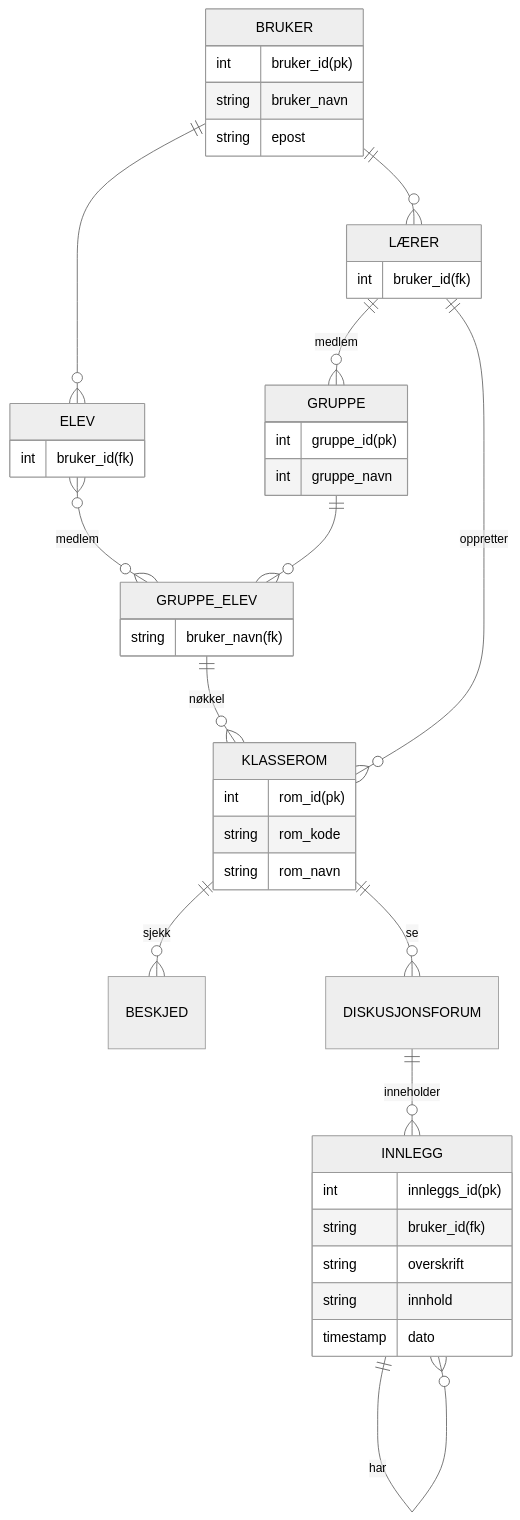
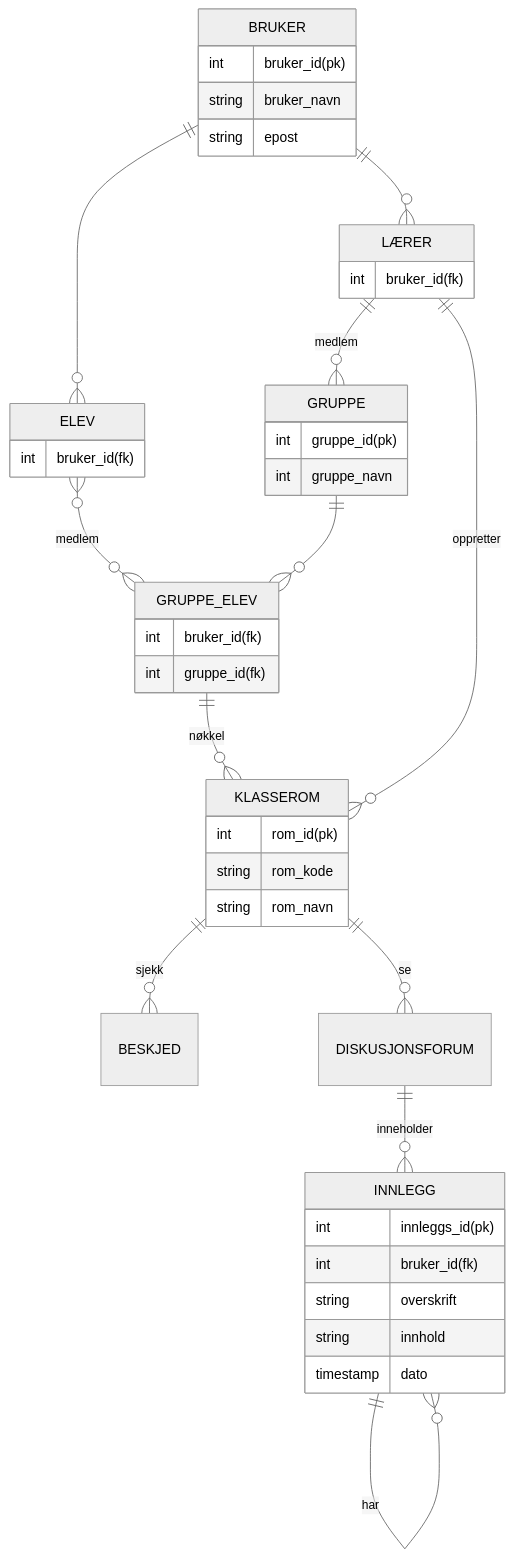
Before and after one commit to programmerBredC/data1500-oving-04: the second of 2 diagrams in OPPGAVE.md, drawn with Mermaid (neutral theme).

````diff
--- a/OPPGAVE.md
+++ b/OPPGAVE.md
@@ -49,45 +49,46 @@
 ```mermaid
 erDiagram
 BRUKER {
     int bruker_id(pk)
     string bruker_navn
     string epost
     }
     BRUKER ||--o{ LÆRER : ""
     BRUKER ||--o{ ELEV : ""
 ELEV {
     int bruker_id(fk)
 }
 LÆRER {
     int bruker_id(fk)
 }
 KLASSEROM {
     int rom_id(pk)
     string rom_kode
     string rom_navn
 }
     ELEV }o--o{ GRUPPE_ELEV : "medlem"
     GRUPPE_ELEV ||--o{ KLASSEROM :"nøkkel"
 
 GRUPPE_ELEV {
-    string bruker_navn(fk)
+    int bruker_id(fk)
+    int gruppe_id(fk)
 }
 GRUPPE {
     int gruppe_id(pk)
     int gruppe_navn
 }
     GRUPPE ||--o{ GRUPPE_ELEV: ""
     LÆRER ||--o{ KLASSEROM : "oppretter"
     LÆRER ||--o{ GRUPPE : "medlem"
     KLASSEROM ||--o{ BESKJED : "sjekk"
     KLASSEROM ||--o{ DISKUSJONSFORUM : "se"
     DISKUSJONSFORUM ||--o{ INNLEGG : "inneholder"
 INNLEGG {
     int innleggs_id(pk)
-    string bruker_id(fk)
+    int bruker_id(fk)
     string overskrift
     string innhold
     timestamp dato
 }
     INNLEGG ||--o{ INNLEGG : har
 ```
````
